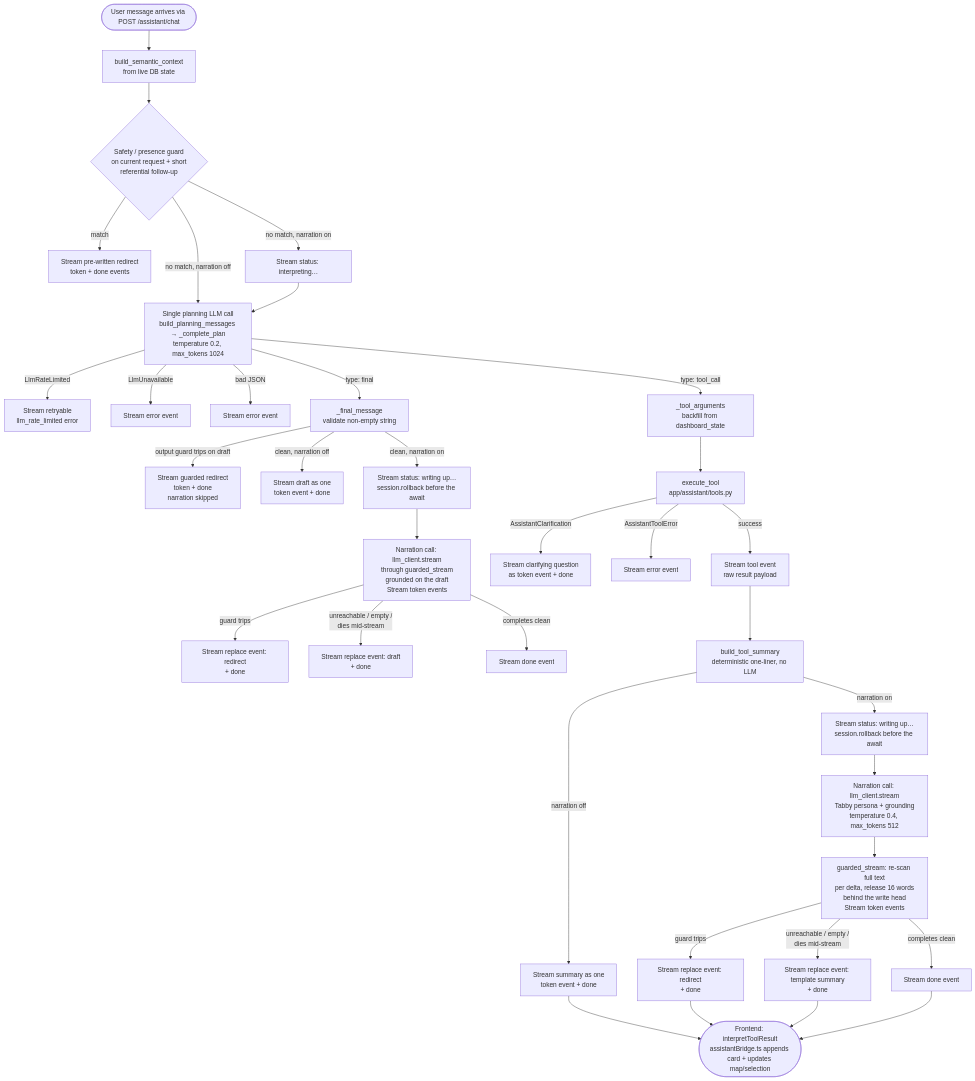
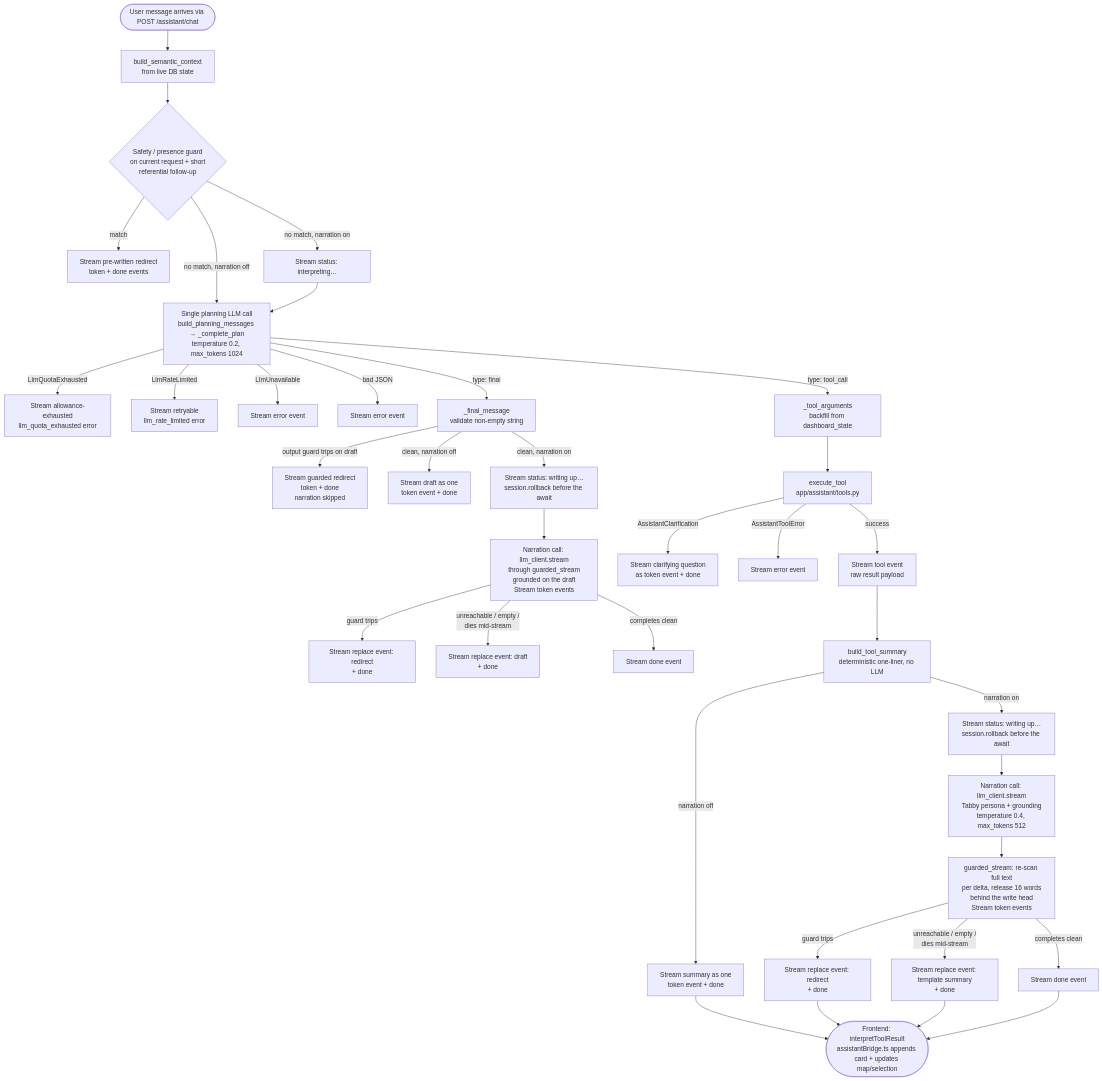
The diagram in docs/architecture/assistant.md (jcscocca/CompCat), drawn with Mermaid before and after one commit. The commit also changed other lines of this file and 22 other files, not shown here.

````diff
--- a/docs/architecture/assistant.md
+++ b/docs/architecture/assistant.md
@@ -545,37 +558,38 @@
 ```mermaid
 flowchart TD
     A([User message arrives via POST /assistant/chat]) --> B[build_semantic_context\nfrom live DB state]
     B --> C{Safety / presence guard\non current request + short\nreferential follow-up}
     C -- match --> D[Stream pre-written redirect\ntoken + done events]
     C -- no match, narration on --> C1[Stream status: interpreting…]
     C -- no match, narration off --> E
     C1 --> E[Single planning LLM call\nbuild_planning_messages → _complete_plan\ntemperature 0.2, max_tokens 1024]
+    E -- LlmQuotaExhausted --> F0[Stream allowance-exhausted\nllm_quota_exhausted error]
     E -- LlmRateLimited --> F1[Stream retryable\nllm_rate_limited error]
     E -- LlmUnavailable --> F[Stream error event]
     E -- bad JSON --> G[Stream error event]
     E -- type: final --> H[_final_message\nvalidate non-empty string]
     H -- output guard trips on draft --> H1[Stream guarded redirect\ntoken + done\nnarration skipped]
     H -- clean, narration off --> H2[Stream draft as one\ntoken event + done]
     H -- clean, narration on --> S1[Stream status: writing up…\nsession.rollback before the await]
     S1 --> S2[Narration call: llm_client.stream\nthrough guarded_stream\ngrounded on the draft\nStream token events]
     S2 -- guard trips --> S3[Stream replace event: redirect\n+ done]
     S2 -- unreachable / empty /\ndies mid-stream --> S4[Stream replace event: draft\n+ done]
     S2 -- completes clean --> S5[Stream done event]
     E -- type: tool_call --> J[_tool_arguments\nbackfill from dashboard_state]
     J --> K[execute_tool\napp/assistant/tools.py]
     K -- AssistantClarification --> L[Stream clarifying question\nas token event + done]
     K -- AssistantToolError --> M[Stream error event]
     K -- success --> N[Stream tool event\nraw result payload]
     N --> O[build_tool_summary\ndeterministic one-liner, no LLM]
     O -- narration off --> P[Stream summary as one\ntoken event + done]
     O -- narration on --> R1[Stream status: writing up…\nsession.rollback before the await]
     R1 --> R2[Narration call: llm_client.stream\nTabby persona + grounding\ntemperature 0.4, max_tokens 512]
     R2 --> R3[guarded_stream: re-scan full text\nper delta, release 16 words\nbehind the write head\nStream token events]
     R3 -- guard trips --> R4[Stream replace event: redirect\n+ done]
     R3 -- unreachable / empty /\ndies mid-stream --> R5[Stream replace event: template summary\n+ done]
     R3 -- completes clean --> R6[Stream done event]
     P --> Q([Frontend: interpretToolResult\nassistantBridge.ts appends card + updates map/selection])
     R4 --> Q
     R5 --> Q
     R6 --> Q
 ```
````
